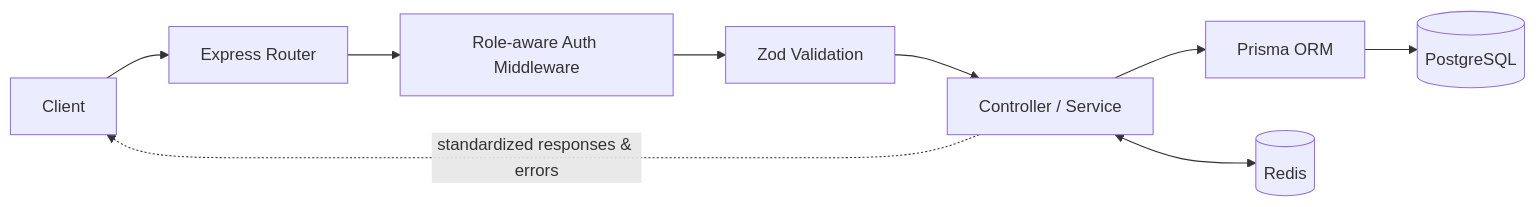
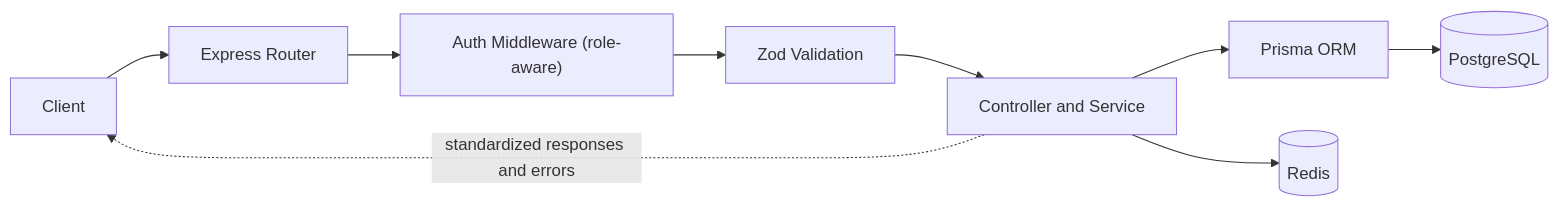
One commit to mdamranahmad/mdamranahmad changed the diagram in README.md. Above: the diagram before and after it, drawn with Mermaid. The commit also changed other lines of this file, not shown here.

````diff
--- a/README.md
+++ b/README.md
@@ -48,11 +48,11 @@
 ```mermaid
 flowchart LR
-    A[Client] --> B[Express Router]
-    B --> C[Role-aware Auth Middleware]
-    C --> D[Zod Validation]
-    D --> E[Controller / Service]
-    E --> F[Prisma ORM]
-    F --> G[(PostgreSQL)]
-    E <--> H[(Redis)]
-    E -. standardized responses & errors .-> A
+    A["Client"] --> B["Express Router"]
+    B --> C["Auth Middleware (role-aware)"]
+    C --> D["Zod Validation"]
+    D --> E["Controller and Service"]
+    E --> F["Prisma ORM"]
+    F --> G[("PostgreSQL")]
+    E --> H[("Redis")]
+    E -.->|"standardized responses and errors"| A
 ```
````
